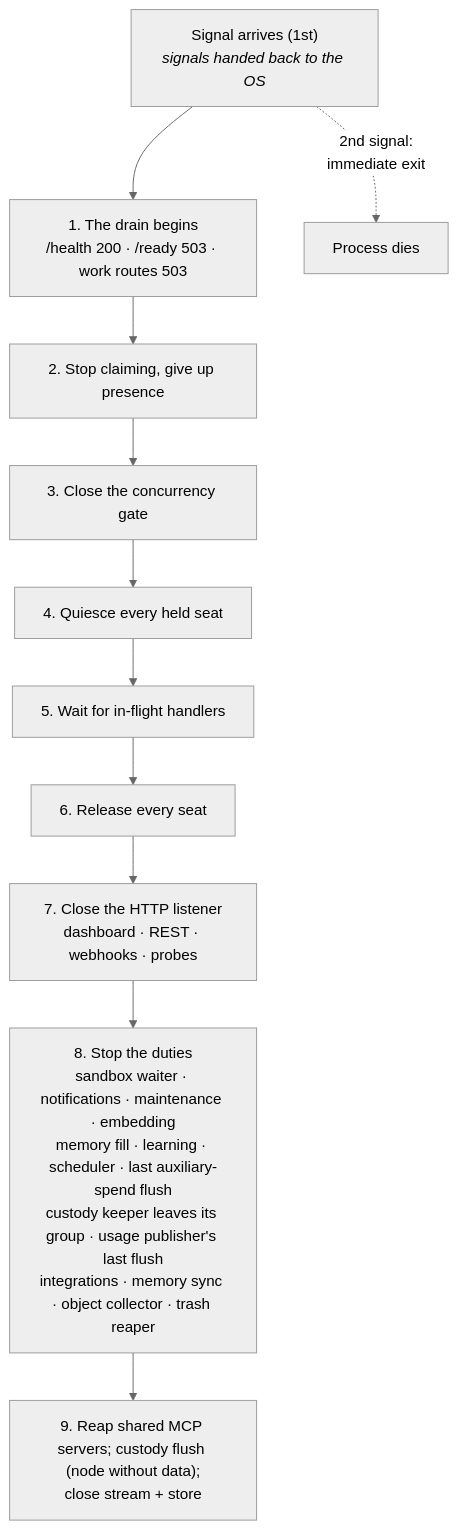
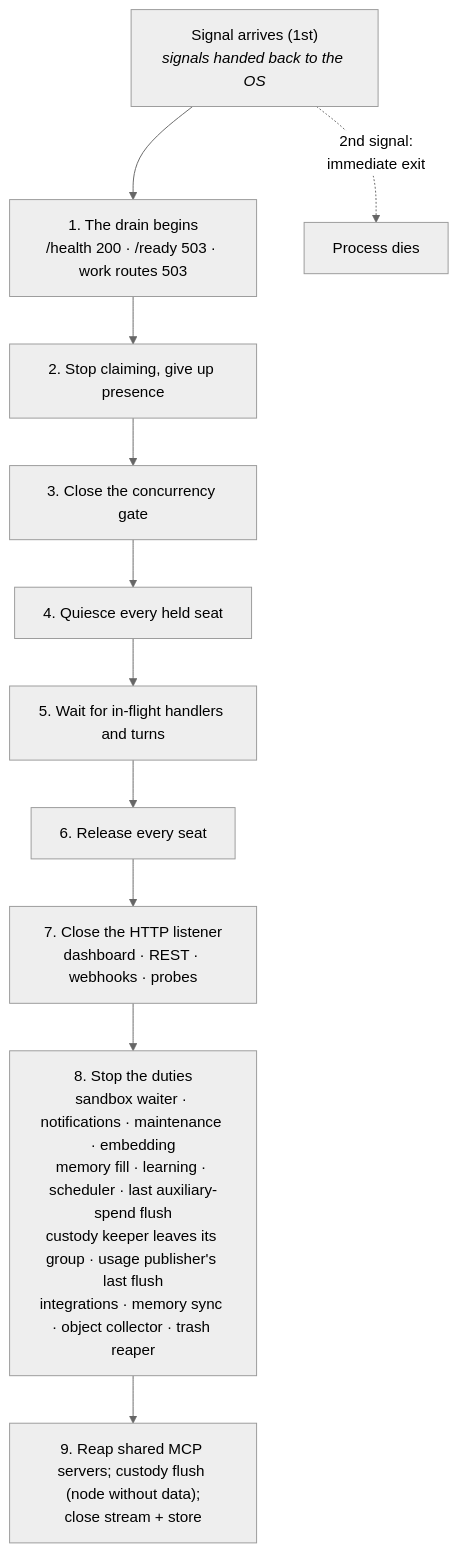
One commit to crewlet/crewlet changed the fifth of 5 diagrams in docs/concepts/agent-runtime.md. Above: the diagram before and after it, drawn with Mermaid (neutral theme). The commit also changed other lines of this file and 11 other files, not shown here.

````diff
--- a/docs/concepts/agent-runtime.md
+++ b/docs/concepts/agent-runtime.md
@@ -498,14 +498,14 @@
 ```mermaid
 flowchart TD
     SIG["Signal arrives (1st)<br/><i>signals handed back to the OS</i>"] --> S1
     S1["1. The drain begins<br/>/health 200 · /ready 503 · work routes 503"] --> S2
     S2["2. Stop claiming, give up presence"] --> S3
     S3["3. Close the concurrency gate"] --> S4
     S4["4. Quiesce every held seat"] --> S5
-    S5["5. Wait for in-flight handlers"] --> S6
+    S5["5. Wait for in-flight handlers and turns"] --> S6
     S6["6. Release every seat"] --> S7
     S7["7. Close the HTTP listener<br/>dashboard · REST · webhooks · probes"] --> S8
     S8["8. Stop the duties<br/>sandbox waiter · notifications · maintenance · embedding<br/>memory fill · learning · scheduler · last auxiliary-spend flush<br/>custody keeper leaves its group · usage publisher's last flush<br/>integrations · memory sync · object collector · trash reaper"] --> S9
     S9["9. Reap shared MCP servers; custody flush (node without data);<br/>close stream + store"]
     SIG -.->|"2nd signal:<br/>immediate exit"| X["Process dies"]
 ```
````
